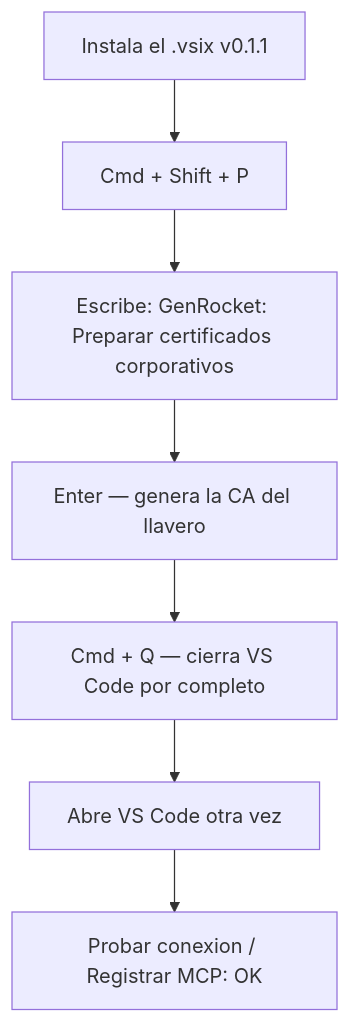
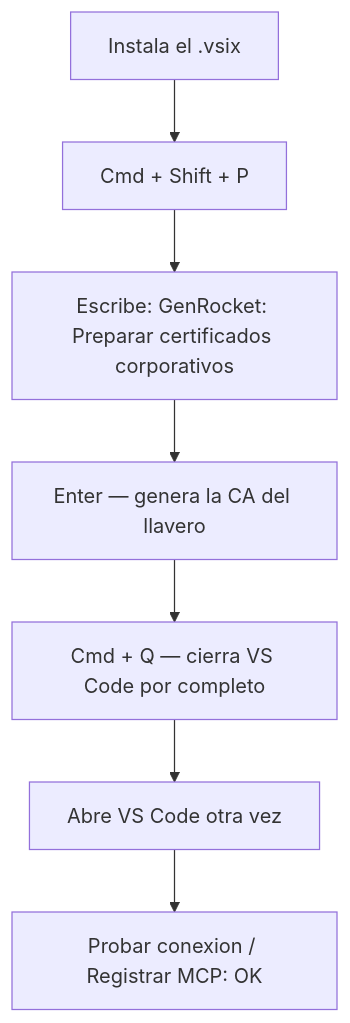
Before and after one commit to lrbg/genRocketMCP_PlugIn: the diagram in README.md, drawn with Mermaid. The commit also changed other lines of this file and 7 other files, not shown here.

````diff
--- a/README.md
+++ b/README.md
@@ -88,9 +145,9 @@
 ```mermaid
 flowchart TD
-    A["Instala el .vsix v0.1.1"] --> B["Cmd + Shift + P"]
+    A["Instala el .vsix"] --> B["Cmd + Shift + P"]
     B --> C["Escribe: GenRocket: Preparar certificados corporativos"]
     C --> D["Enter — genera la CA del llavero"]
     D --> E["Cmd + Q — cierra VS Code por completo"]
     E --> F["Abre VS Code otra vez"]
     F --> G["Probar conexion / Registrar MCP: OK"]
 ```
````
